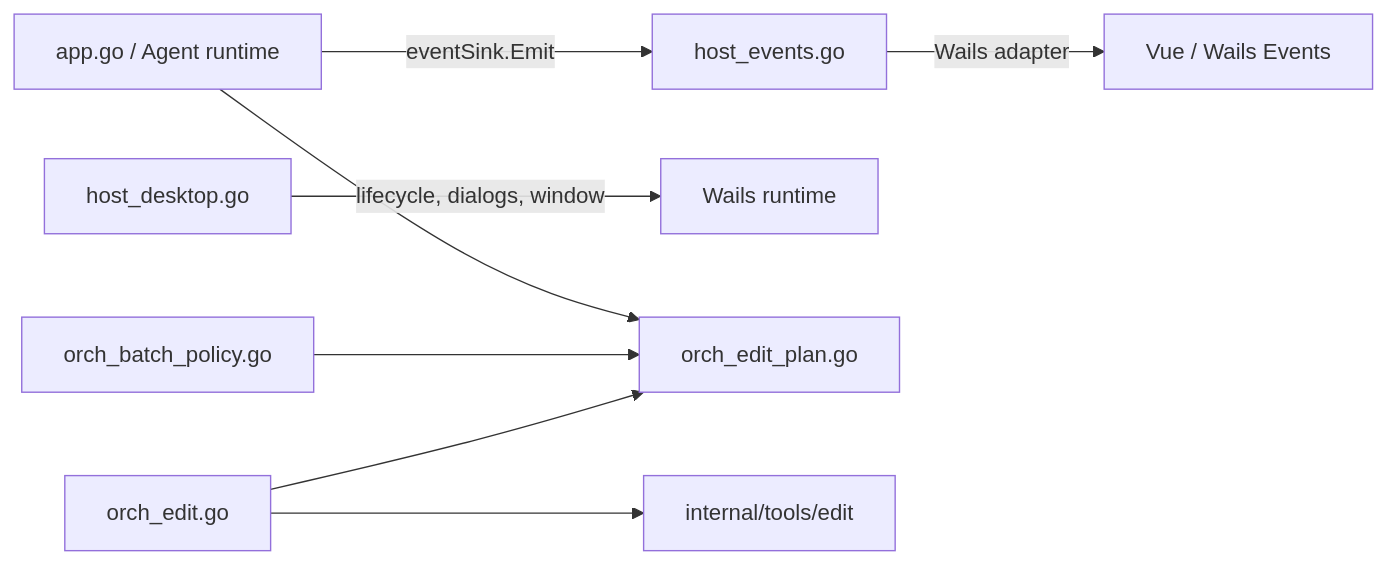
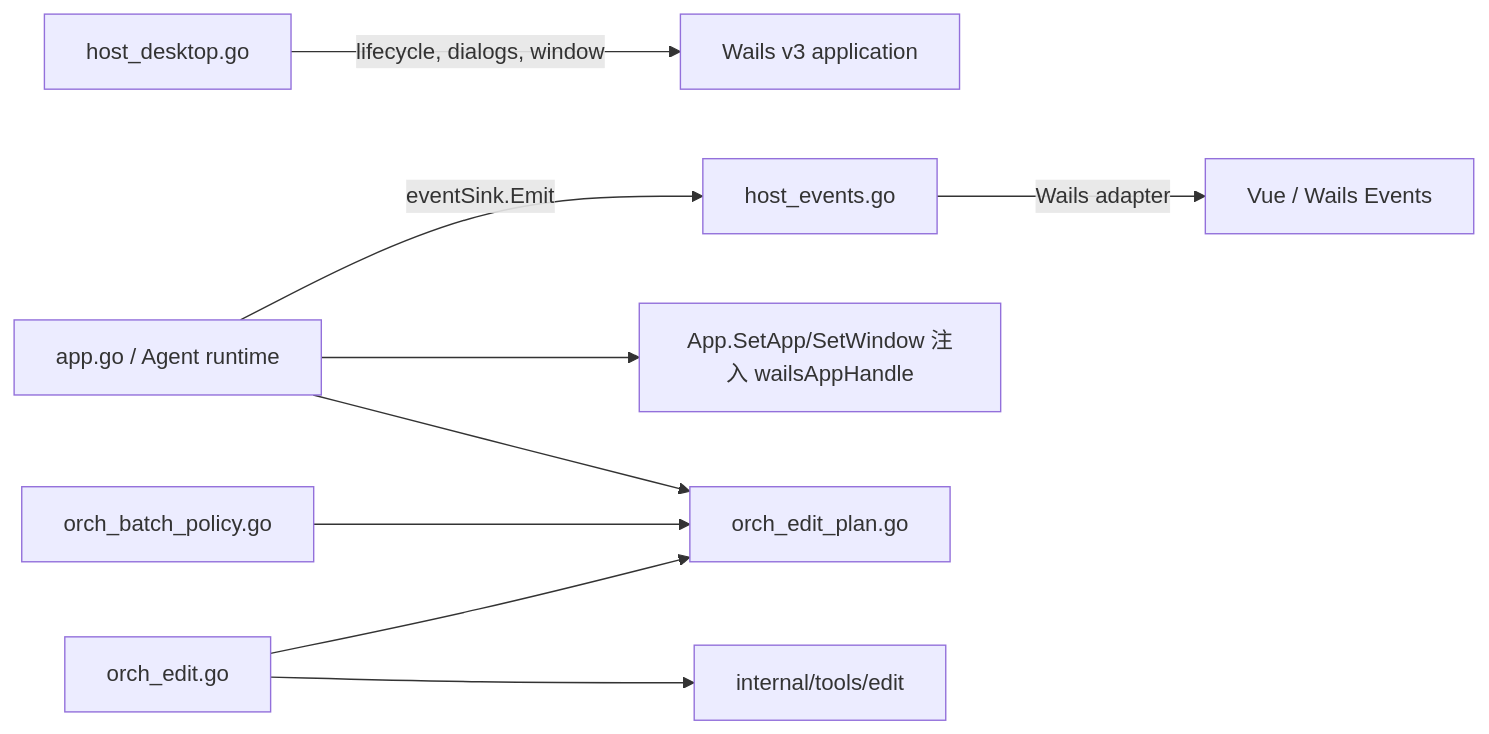
The fifth of 5 diagrams in CODEGRAPH.md (Bronya0/ally-agent), drawn with Mermaid before and after one commit. The commit also changed other lines of this file and 52 other files, not shown here.

````diff
--- a/CODEGRAPH.md
+++ b/CODEGRAPH.md
@@ -358,10 +359,11 @@
 ```mermaid
 flowchart LR
     Core[app.go / Agent runtime] -->|eventSink.Emit| EventBoundary[host_events.go]
     EventBoundary -->|Wails adapter| UI[Vue / Wails Events]
-    Desktop[host_desktop.go] -->|lifecycle, dialogs, window| Wails[Wails runtime]
+    Desktop[host_desktop.go] -->|lifecycle, dialogs, window| Wails[Wails v3 application]
+    Core --> SetApp[App.SetApp/SetWindow 注入 wailsAppHandle]
     Core --> EditPlan[orch_edit_plan.go]
     BatchPolicy[orch_batch_policy.go] --> EditPlan
     EditExecutor[orch_edit.go] --> EditPlan
     EditExecutor --> EditAlgorithms[internal/tools/edit]
 ```
````
